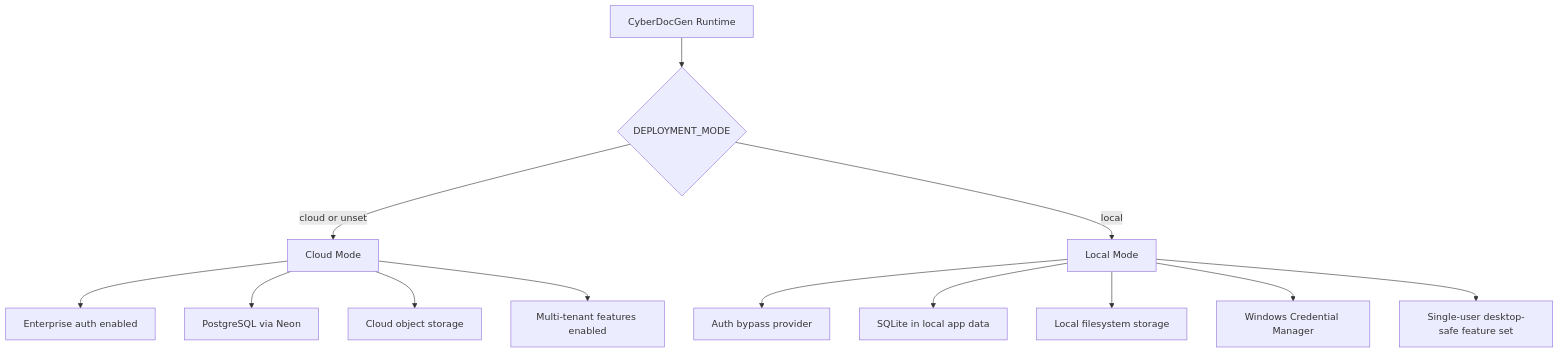
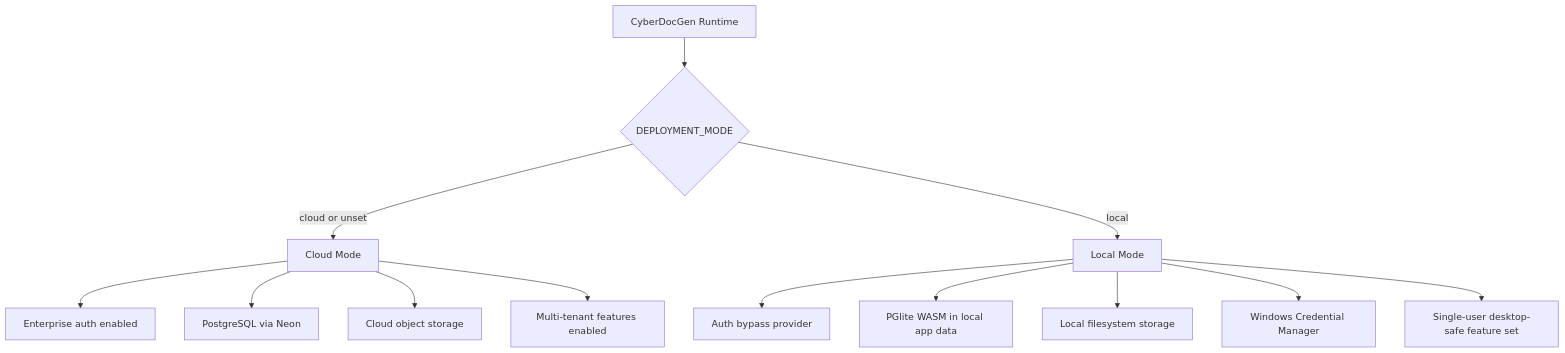
Before and after one commit to kherrera6219/cyberdocgen: the second of 4 diagrams in docs/DIAGRAMS.md, drawn with Mermaid. The commit also changed other lines of this file and 9 other files, not shown here.

Commit message:
docs: synchronize all documentation with next-gen compliance engines, PGlite WASM, and 42-route architecture

````diff
--- a/docs/DIAGRAMS.md
+++ b/docs/DIAGRAMS.md
@@ -34,22 +34,22 @@
 ```mermaid
 flowchart TD
     Start[CyberDocGen Runtime]
     Mode{DEPLOYMENT_MODE}
     Cloud[Cloud Mode]
     Local[Local Mode]
 
     Start --> Mode
     Mode -->|cloud or unset| Cloud
     Mode -->|local| Local
 
     Cloud --> CloudAuth[Enterprise auth enabled]
     Cloud --> CloudDb[PostgreSQL via Neon]
     Cloud --> CloudStorage[Cloud object storage]
     Cloud --> CloudFeatures[Multi-tenant features enabled]
 
     Local --> LocalAuth[Auth bypass provider]
-    Local --> LocalDb[SQLite in local app data]
+    Local --> LocalDb[PGlite WASM in local app data]
     Local --> LocalStorage[Local filesystem storage]
     Local --> LocalSecrets[Windows Credential Manager]
     Local --> LocalFeatures[Single-user desktop-safe feature set]
 ```
````
